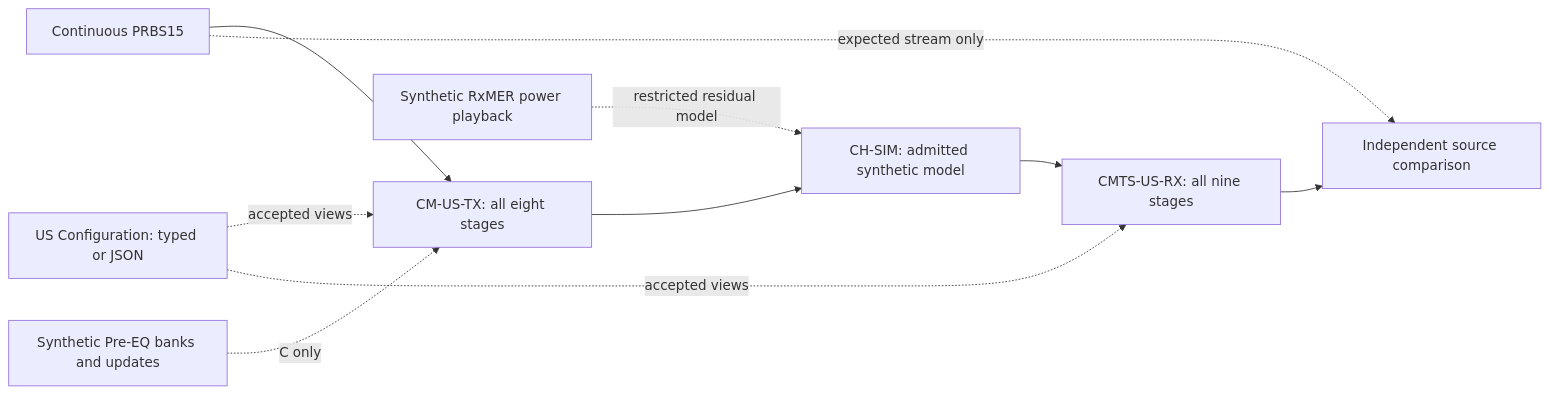
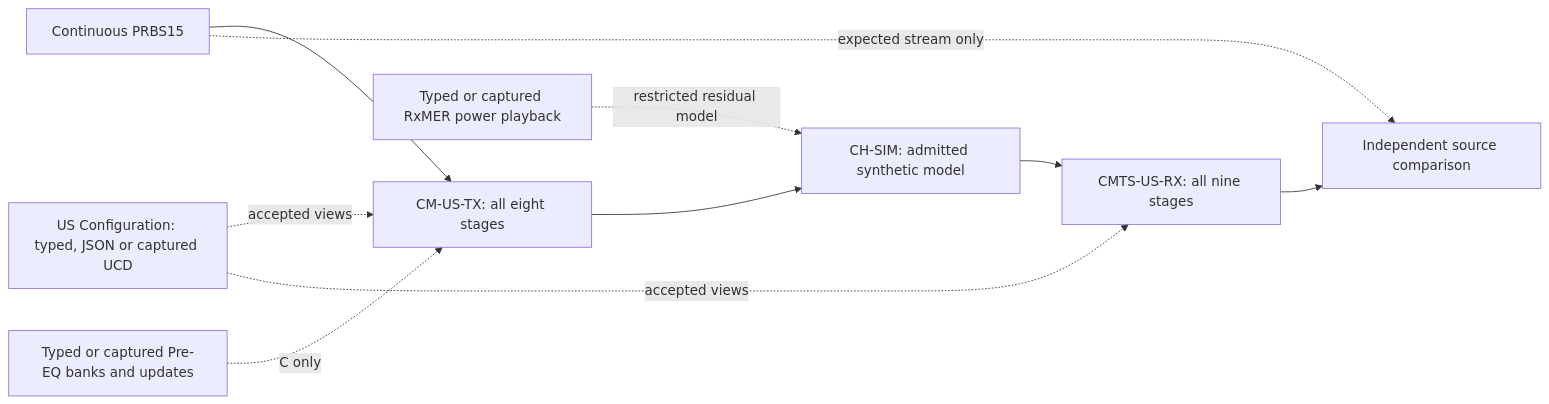
The diagram in README.md (PyPNMApps/morgana), drawn with Mermaid before and after one commit. The commit also changed other lines of this file and 59 other files, not shown here.

````diff
--- a/README.md
+++ b/README.md
@@ -22,12 +22,12 @@
 ```mermaid
 flowchart LR
     PRBS[Continuous PRBS15] --> TX[CM-US-TX: all eight stages]
     TX --> CH[CH-SIM: admitted synthetic model]
     CH --> RX[CMTS-US-RX: all nine stages]
     RX --> VERIFY[Independent source comparison]
     PRBS -. expected stream only .-> VERIFY
-    CFG[US Configuration: typed or JSON] -. accepted views .-> TX
+    CFG[US Configuration: typed, JSON or captured UCD] -. accepted views .-> TX
     CFG -. accepted views .-> RX
-    PRE[Synthetic Pre-EQ banks and updates] -. C only .-> TX
-    MER[Synthetic RxMER power playback] -. restricted residual model .-> CH
+    PRE[Typed or captured Pre-EQ banks and updates] -. C only .-> TX
+    MER[Typed or captured RxMER power playback] -. restricted residual model .-> CH
 ```
````
